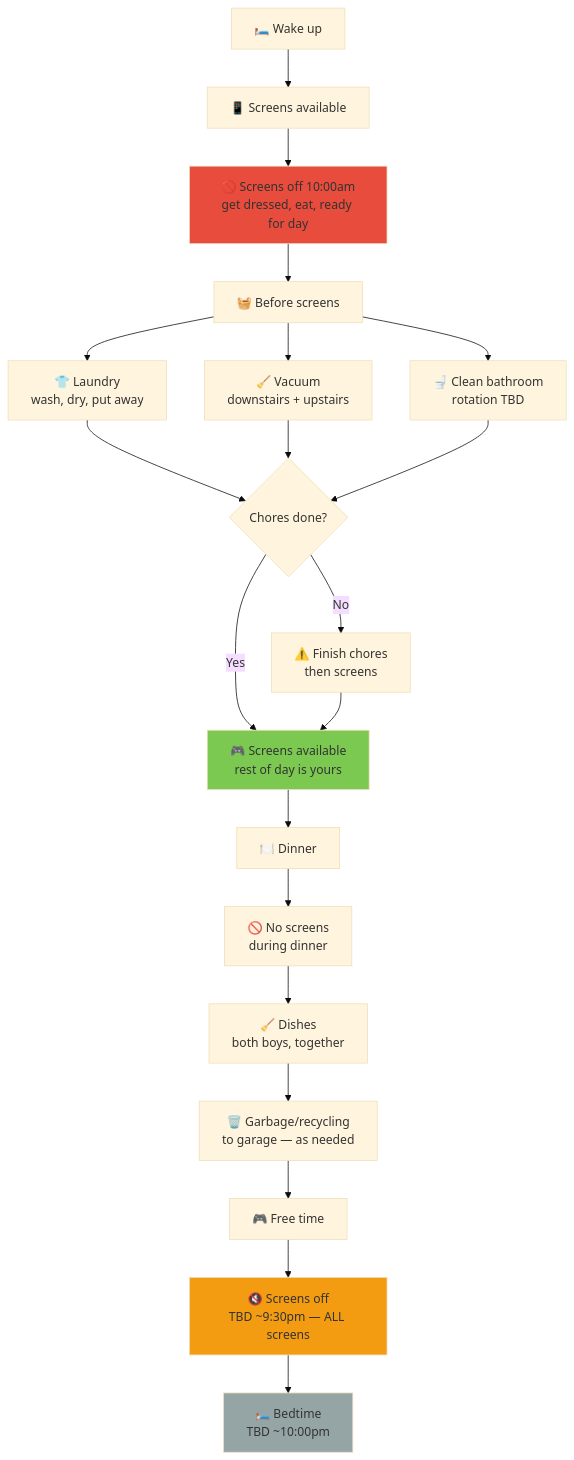
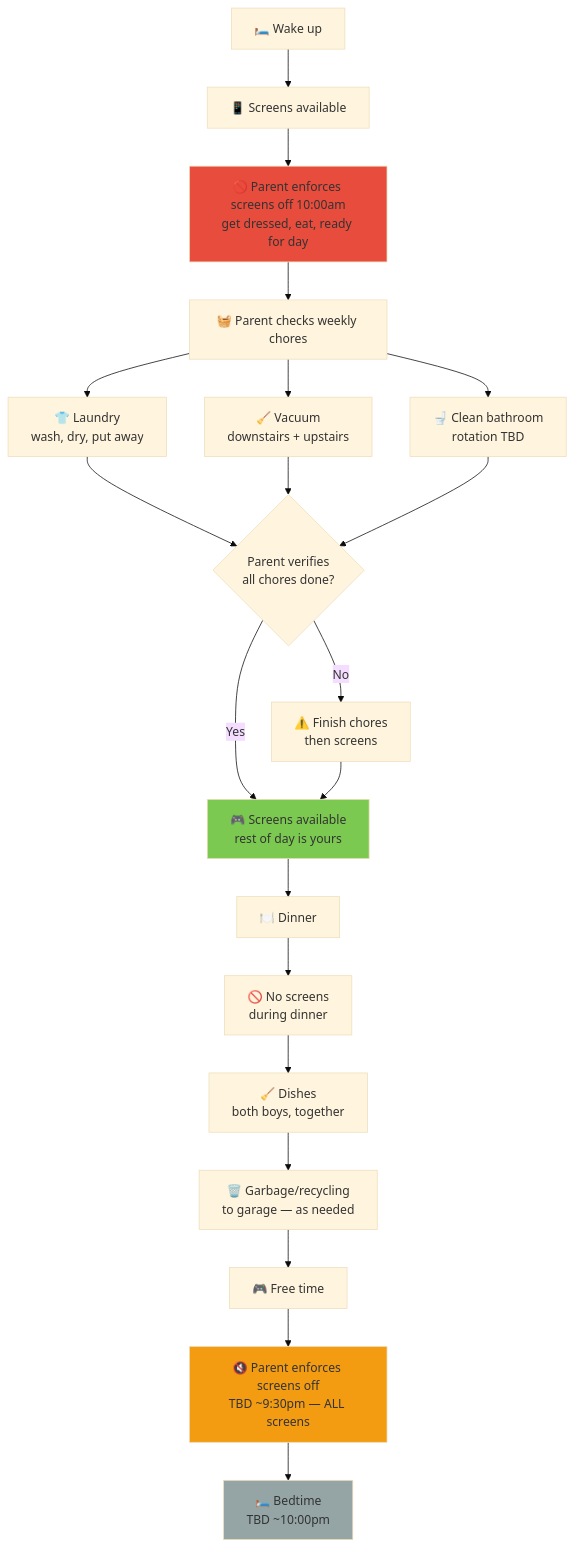
One commit to ajass/technology-reset changed the first of 2 diagrams in day-types/02-saturday.md. Above: the diagram before and after it, drawn with Mermaid (base theme). The commit also changed other lines of this file and 10 other files, not shown here.

````diff
--- a/day-types/02-saturday.md
+++ b/day-types/02-saturday.md
@@ -7,27 +17,27 @@
 ```mermaid
 flowchart TD
     A["🛏️ Wake up"] --> B["📱 Screens available"]
-    B --> C["🚫 Screens off 10:00am<br/>get dressed, eat, ready for day"]
-    C --> D["🧺 Before screens"]
+    B --> C["🚫 Parent enforces screens off 10:00am<br/>get dressed, eat, ready for day"]
+    C --> D["🧺 Parent checks weekly chores"]
     D --> D1["👕 Laundry<br/>wash, dry, put away"]
     D --> D2["🧹 Vacuum<br/>downstairs + upstairs"]
     D --> D3["🚽 Clean bathroom<br/>rotation TBD"]
-    D1 --> E{"Chores done?"}
+    D1 --> E{"Parent verifies<br/>all chores done?"}
     D2 --> E
     D3 --> E
     E -->|Yes| F["🎮 Screens available<br/>rest of day is yours"]
     E -->|No| G["⚠️ Finish chores<br/>then screens"]
     G --> F
     F --> H["🍽️ Dinner"]
     H --> I["🚫 No screens<br/>during dinner"]
     I --> J["🧹 Dishes<br/>both boys, together"]
     J --> K["🗑️ Garbage/recycling<br/>to garage — as needed"]
     K --> L["🎮 Free time"]
-    L --> M["🔇 Screens off<br/>TBD ~9:30pm — ALL screens"]
+    L --> M["🔇 Parent enforces screens off<br/>TBD ~9:30pm — ALL screens"]
     M --> N["🛏️ Bedtime<br/>TBD ~10:00pm"]
 
     style C fill:#e74c3c
     style F fill:#7bc950
     style M fill:#f39c12
     style N fill:#95a5a6
 ```
````
